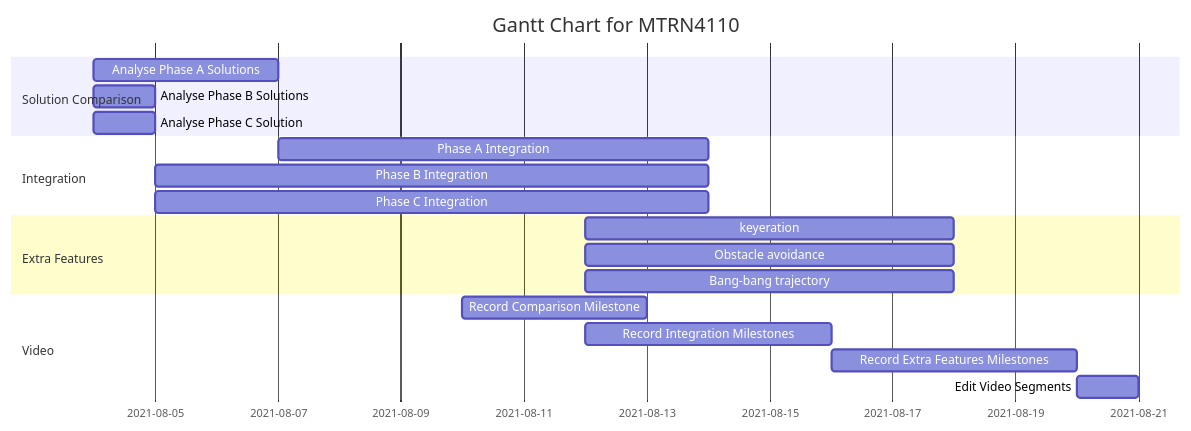
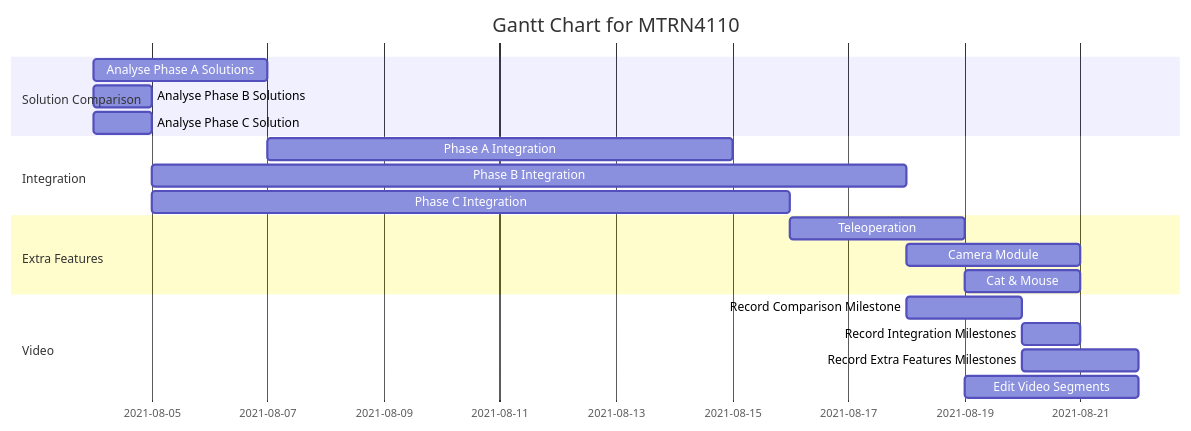
One commit to dennuguyen/mtrn4110-proj changed the second of 2 diagrams in README.md. Above: the diagram before and after it, drawn with Mermaid. The commit also changed other lines of this file, not shown here.

````diff
--- a/README.md
+++ b/README.md
@@ -228,25 +230,25 @@
 ```mermaid
 gantt
     title Gantt Chart for MTRN4110
     dateFormat  DD-MM-YYYY
     section Solution Comparison
     Analyse Phase A Solutions       :04-08-2021, 07-08-2021
     Analyse Phase B Solutions       :04-08-2021, 05-08-2021
     Analyse Phase C Solution        :04-08-2021, 05-08-2021
 
     section Integration
-    Phase A Integration             :07-08-2021, 7d
-    Phase B Integration             :05-08-2021, 9d
-    Phase C Integration             :05-08-2021, 9d
+    Phase A Integration             :07-08-2021, 8d
+    Phase B Integration             :05-08-2021, 13d
+    Phase C Integration             :05-08-2021, 11d
 
     section Extra Features
-    keyeration              :12-08-2021, 6d
-    Obstacle avoidance         :12-08-2021, 6d
-    Bang-bang trajectory       :12-08-2021, 6d
+    Teleoperation              :16-08-2021, 3d
+    Camera Module              :18-08-2021, 3d
+    Cat & Mouse                :19-08-2021, 2d
 
     section Video
-    Record Comparison Milestone           :10-08-2021, 3d
-    Record Integration Milestones         :12-08-2021, 4d
-    Record Extra Features Milestones      :16-08-2021, 4d
-    Edit Video Segments                   :20-08-2021, 1d
+    Record Comparison Milestone           :18-08-2021, 2d
+    Record Integration Milestones         :20-08-2021, 1d
+    Record Extra Features Milestones      :20-08-2021, 2d
+    Edit Video Segments                   :19-08-2021, 3d
 ```
````
